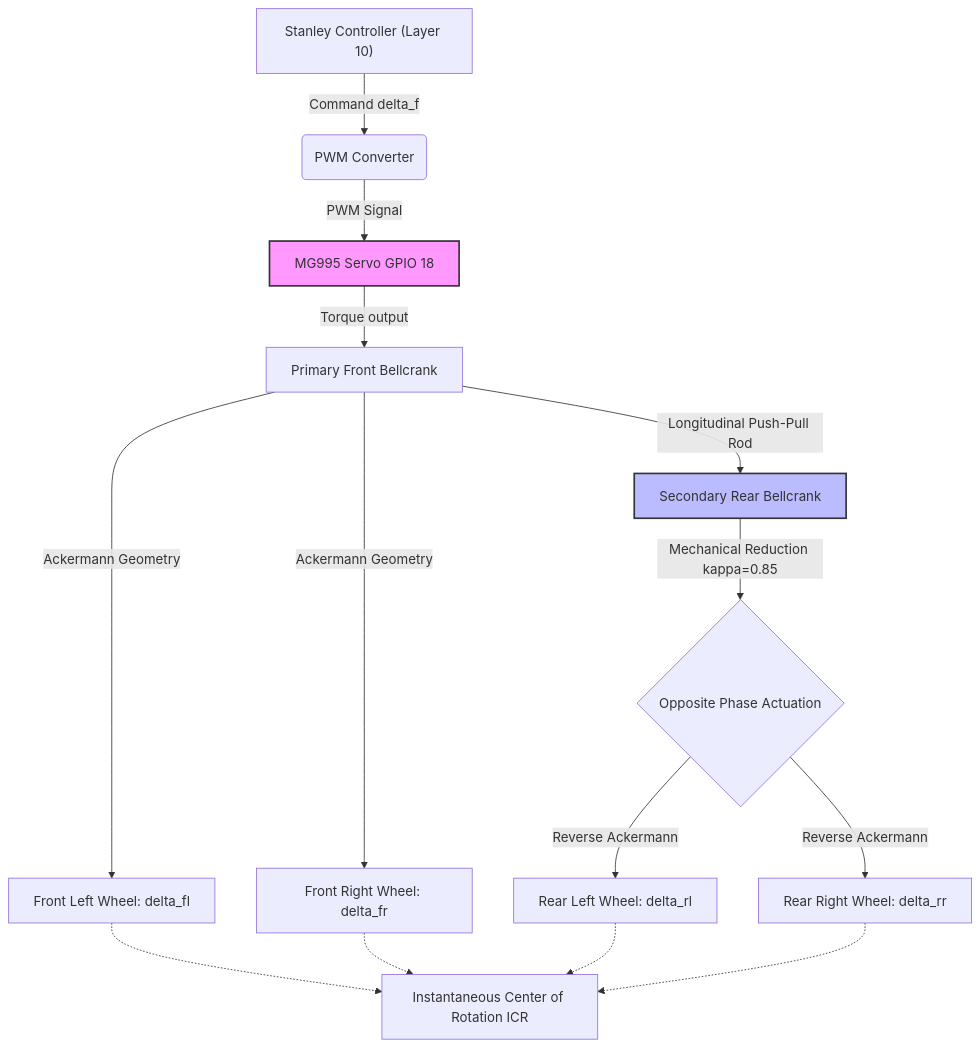
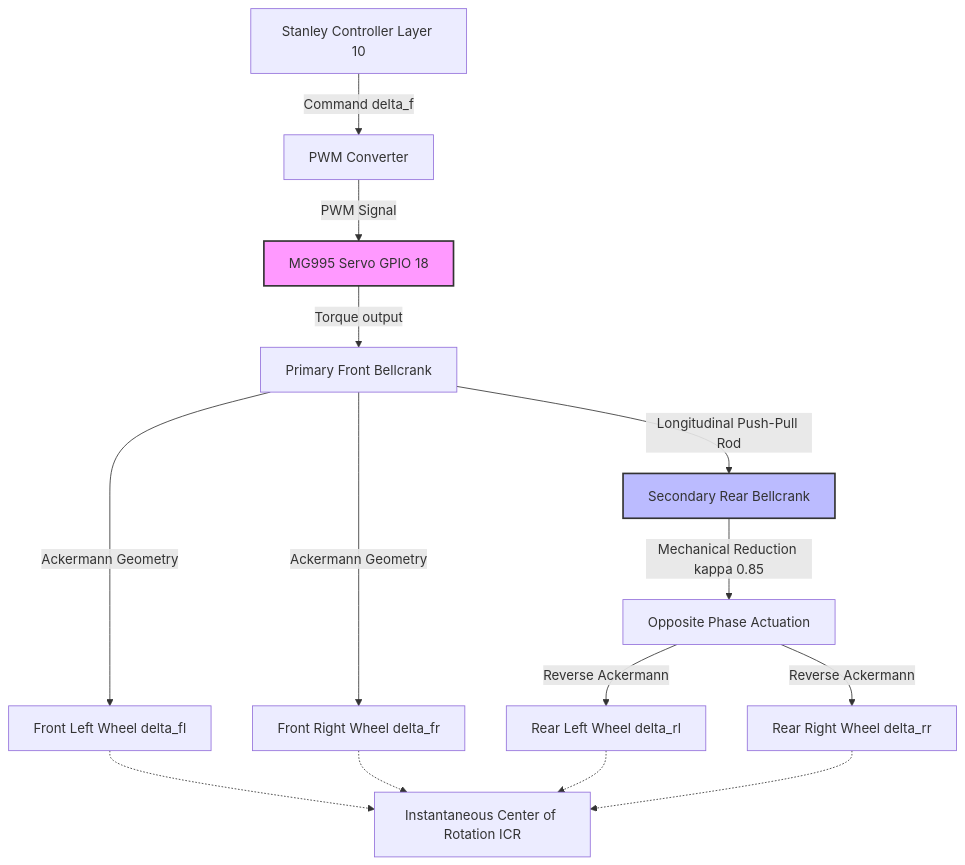
The first of 2 diagrams in docs/01_mobility.md (SHRUT6633/car), drawn with Mermaid before and after one commit. The commit also changed 3 other files, not shown here.

Commit message:
Fix Mermaid diagram edge label syntax by wrapping special characters in double quotes across all docs

````diff
--- a/docs/01_mobility.md
+++ b/docs/01_mobility.md
@@ -184,23 +184,23 @@
 ```mermaid
 graph TD
-    A["Stanley Controller (Layer 10)"] -->|Command delta_f| B(PWM Converter)
-    B -->|PWM Signal| C["MG995 Servo GPIO 18"]
-    C -->|Torque output| D["Primary Front Bellcrank"]
+    A["Stanley Controller Layer 10"] -->|"Command delta_f"| B["PWM Converter"]
+    B -->|"PWM Signal"| C["MG995 Servo GPIO 18"]
+    C -->|"Torque output"| D["Primary Front Bellcrank"]
     
-    D -->|Ackermann Geometry| E["Front Left Wheel: delta_fl"]
-    D -->|Ackermann Geometry| F["Front Right Wheel: delta_fr"]
+    D -->|"Ackermann Geometry"| E["Front Left Wheel delta_fl"]
+    D -->|"Ackermann Geometry"| F["Front Right Wheel delta_fr"]
     
-    D -->|Longitudinal Push-Pull Rod| G["Secondary Rear Bellcrank"]
-    G -->|Mechanical Reduction kappa=0.85| H{"Opposite Phase Actuation"}
+    D -->|"Longitudinal Push-Pull Rod"| G["Secondary Rear Bellcrank"]
+    G -->|"Mechanical Reduction kappa 0.85"| H["Opposite Phase Actuation"]
     
-    H -->|Reverse Ackermann| I["Rear Left Wheel: delta_rl"]
-    H -->|Reverse Ackermann| J["Rear Right Wheel: delta_rr"]
+    H -->|"Reverse Ackermann"| I["Rear Left Wheel delta_rl"]
+    H -->|"Reverse Ackermann"| J["Rear Right Wheel delta_rr"]
     
     E -.-> K["Instantaneous Center of Rotation ICR"]
     F -.-> K
     I -.-> K
     J -.-> K
     
     style C fill:#f9f,stroke:#333,stroke-width:2px
     style G fill:#bbf,stroke:#333,stroke-width:2px
 ```
````
